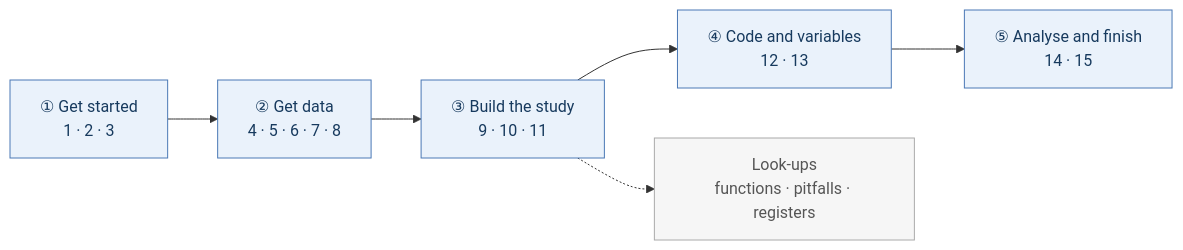
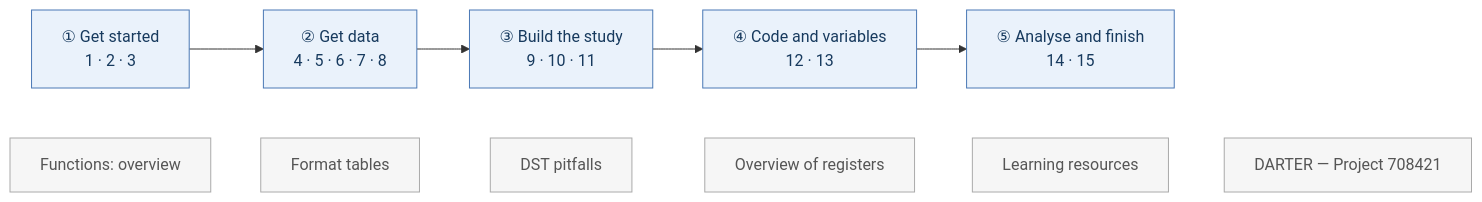
Before and after one commit to steno-aarhus/registers-guide: the diagram in docs/en/index.qmd, drawn with Mermaid. The commit also changed 2 other files, not shown here.

Commit message:
Forsidefigur: opslagssider som fritstående kasser uden pile
- Fjern stiplet pil fra 'Byg studiet' til opslag
- Vis de 6 opslagssider (inkl. DARTER) som separate kasser uden forbindelser
- Gitignorér planning/ (lokale planer publiceres ikke)

````diff
--- a/docs/en/index.qmd
+++ b/docs/en/index.qmd
@@ -55,9 +55,9 @@
 ```{mermaid}
 flowchart LR
     S1["①  Get started<br>1 · 2 · 3"] --> S2["②  Get data<br>4 · 5 · 6 · 7 · 8"] --> S3["③  Build the study<br>9 · 10 · 11"] --> S4["④  Code and variables<br>12 · 13"] --> S5["⑤  Analyse and finish<br>14 · 15"]
-    S3 -.-> R15["Look-ups<br>functions · pitfalls · registers"]
+    O1["Functions: overview"] ~~~ O2["Format tables"] ~~~ O3["DST pitfalls"] ~~~ O4["Overview of registers"] ~~~ O5["Learning resources"] ~~~ O6["DARTER — Project 708421"]
     classDef stage fill:#eaf2fb,stroke:#4a78b5,stroke-width:1px,color:#173a5e;
     classDef ref fill:#f6f6f6,stroke:#aaaaaa,color:#555555;
     class S1,S2,S3,S4,S5 stage
-    class R15 ref
+    class O1,O2,O3,O4,O5,O6 ref
 ```
````
